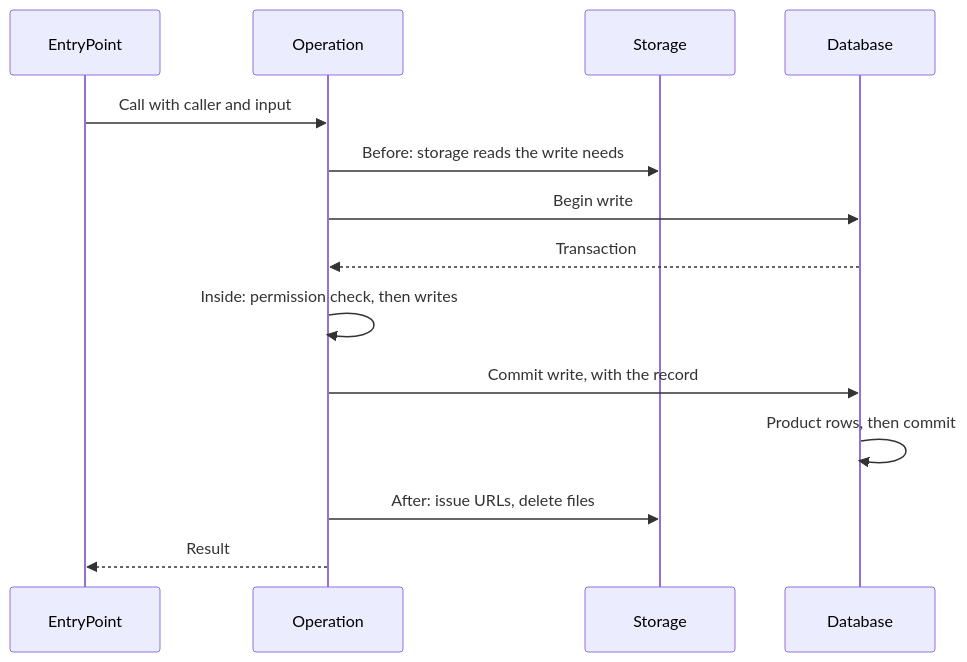
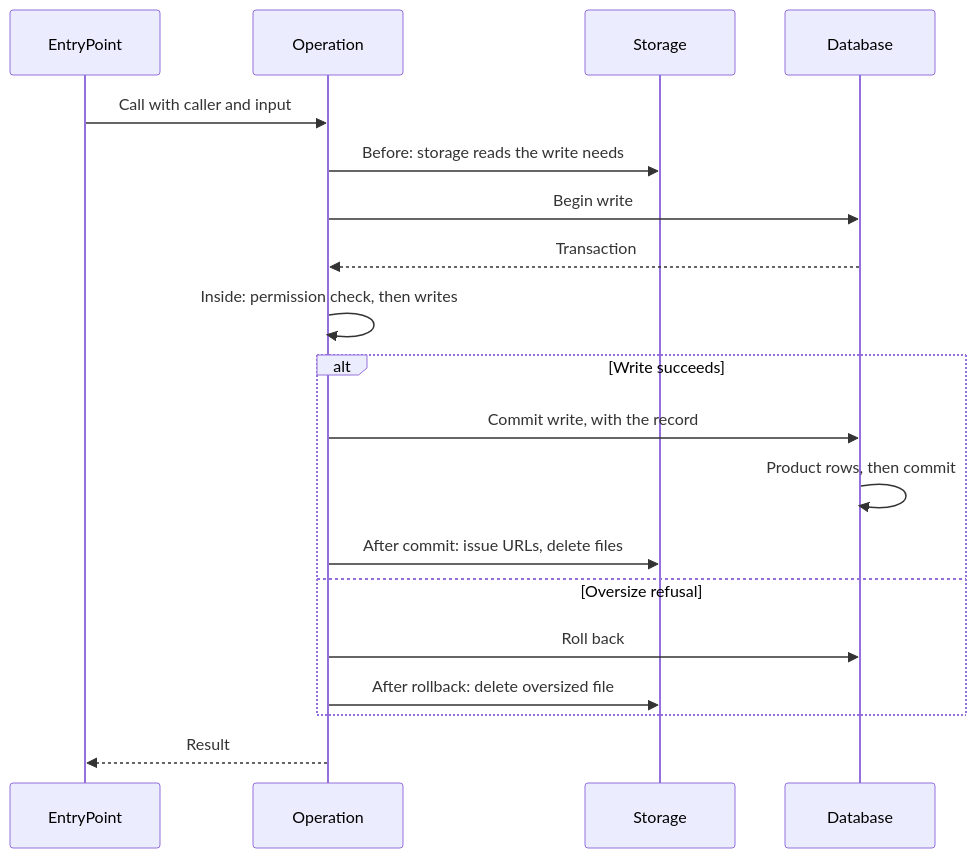
Before and after one commit to lorebayai/lorebay: the second of 2 diagrams in lib/docs/architecture/library.md, drawn with Mermaid. The commit also changed other lines of this file and 194 other files, not shown here.

````diff
--- a/lib/docs/architecture/library.md
+++ b/lib/docs/architecture/library.md
@@ -382,12 +402,17 @@
 ```mermaid
 sequenceDiagram
     EntryPoint->>Operation: Call with caller and input
     Operation->>Storage: Before: storage reads the write needs
     Operation->>Database: Begin write
     Database-->>Operation: Transaction
     Operation->>Operation: Inside: permission check, then writes
-    Operation->>Database: Commit write, with the record
-    Database->>Database: Product rows, then commit
-    Operation->>Storage: After: issue URLs, delete files
+    alt Write succeeds
+        Operation->>Database: Commit write, with the record
+        Database->>Database: Product rows, then commit
+        Operation->>Storage: After commit: issue URLs, delete files
+    else Oversize refusal
+        Operation->>Database: Roll back
+        Operation->>Storage: After rollback: delete oversized file
+    end
     Operation-->>EntryPoint: Result
 ```
````
